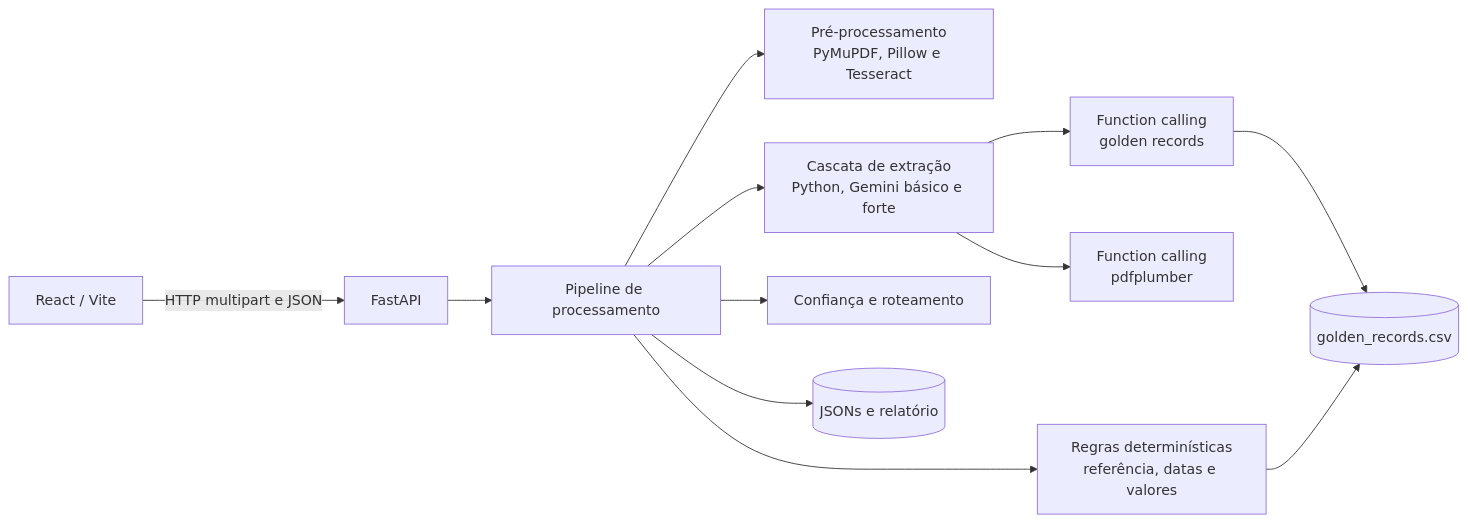
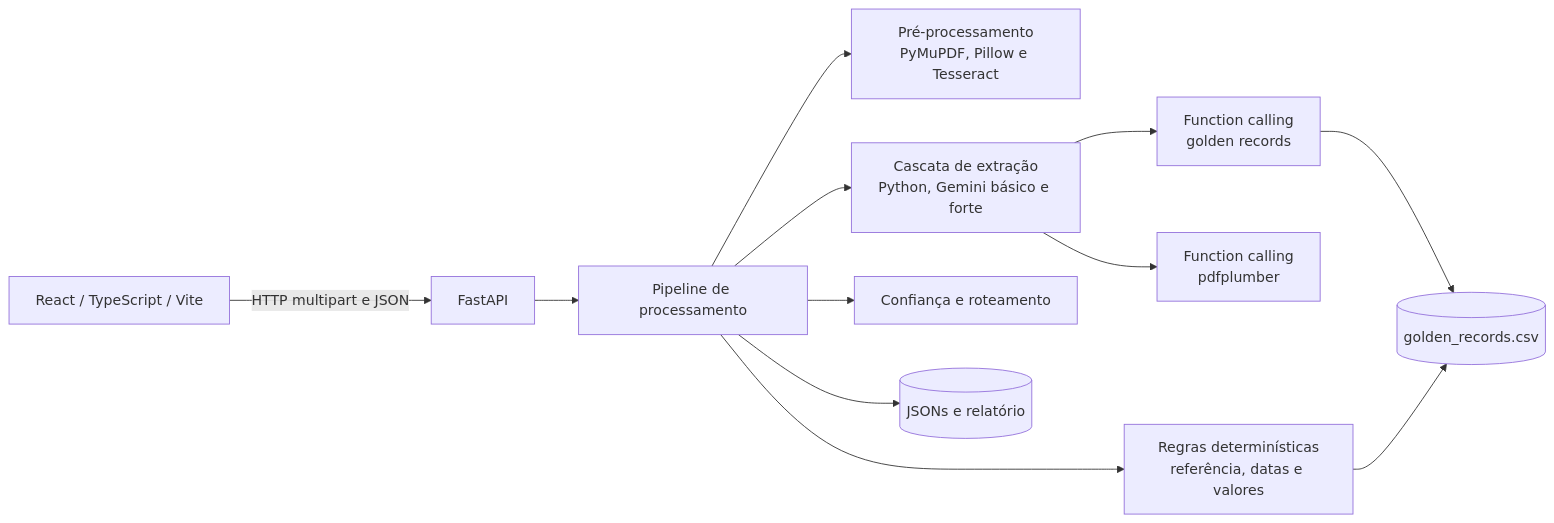
The second of 2 diagrams in README.md (GMiraaa/fintrace), drawn with Mermaid before and after one commit. The commit also changed other lines of this file and 31 other files, not shown here.

````diff
--- a/README.md
+++ b/README.md
@@ -96,14 +103,14 @@
 ```mermaid
 flowchart LR
-    UI[React / Vite] -->|HTTP multipart e JSON| API[FastAPI]
+    UI[React / TypeScript / Vite] -->|HTTP multipart e JSON| API[FastAPI]
     API --> PIPE[Pipeline de processamento]
     PIPE --> DOC[Pré-processamento<br/>PyMuPDF, Pillow e Tesseract]
     PIPE --> CASCADE[Cascata de extração<br/>Python, Gemini básico e forte]
     CASCADE --> REFTOOL[Function calling<br/>golden records]
     CASCADE --> PDFTOOL[Function calling<br/>pdfplumber]
     PIPE --> RULES[Regras determinísticas<br/>referência, datas e valores]
     PIPE --> CONF[Confiança e roteamento]
     REFTOOL --> CSV[(golden_records.csv)]
     RULES --> CSV
     PIPE --> JSON[(JSONs e relatório)]
 ```
````
